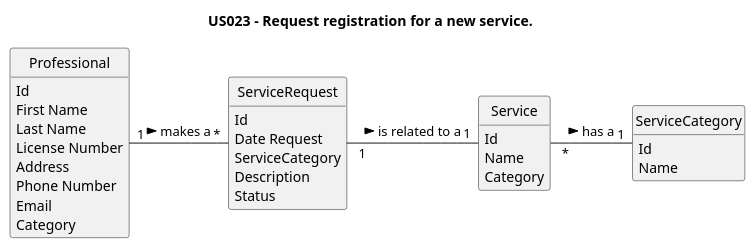
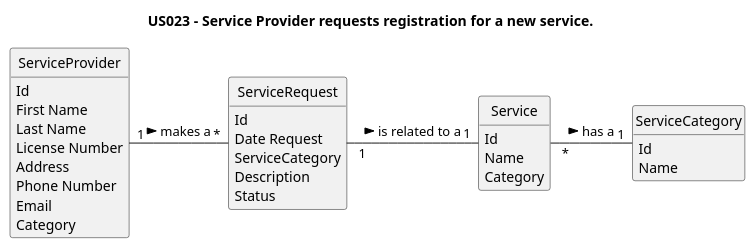
The diagram in javaSprint2GladlyGiven/Docs/UseCases/uc023/analysis/us023-DM.puml (tbarracha/Upskill-Sprint-2-Gladly-Given), drawn with PlantUML before and after one commit. The commit also changed 30 other files, not shown here.

```diff
--- a/javaSprint2GladlyGiven/Docs/UseCases/uc023/analysis/us023-DM.puml
+++ b/javaSprint2GladlyGiven/Docs/UseCases/uc023/analysis/us023-DM.puml
@@ -1,49 +1,49 @@
 @startuml
 skinparam monochrome true
 skinparam packageStyle rectangle
 skinparam shadowing false
 
 skinparam classAttributeIconSize 0
 
 hide circle
 hide methods
 
-title US023 - Request registration for a new service.
+title US023 - Service Provider requests registration for a new service.
 
 class ServiceRequest {
     Id
     Date Request
     ServiceCategory
     Description
     Status
 }
 
 class Service {
     Id
     Name
     Category
 }
 
 class ServiceCategory {
     Id
     Name
 }
 
 
-class Professional {
+class ServiceProvider {
     Id
     First Name
     Last Name
     License Number
     Address
     Phone Number
     Email
     Category
 }
 
 
-Professional "1   " - "   *" ServiceRequest : makes a >
+ServiceProvider "1   " - "   *" ServiceRequest : makes a >
 ServiceRequest " 1   " - "   1" Service : is related to a >
 Service " *   " - "   1" ServiceCategory : has a >
 
 @enduml
```
